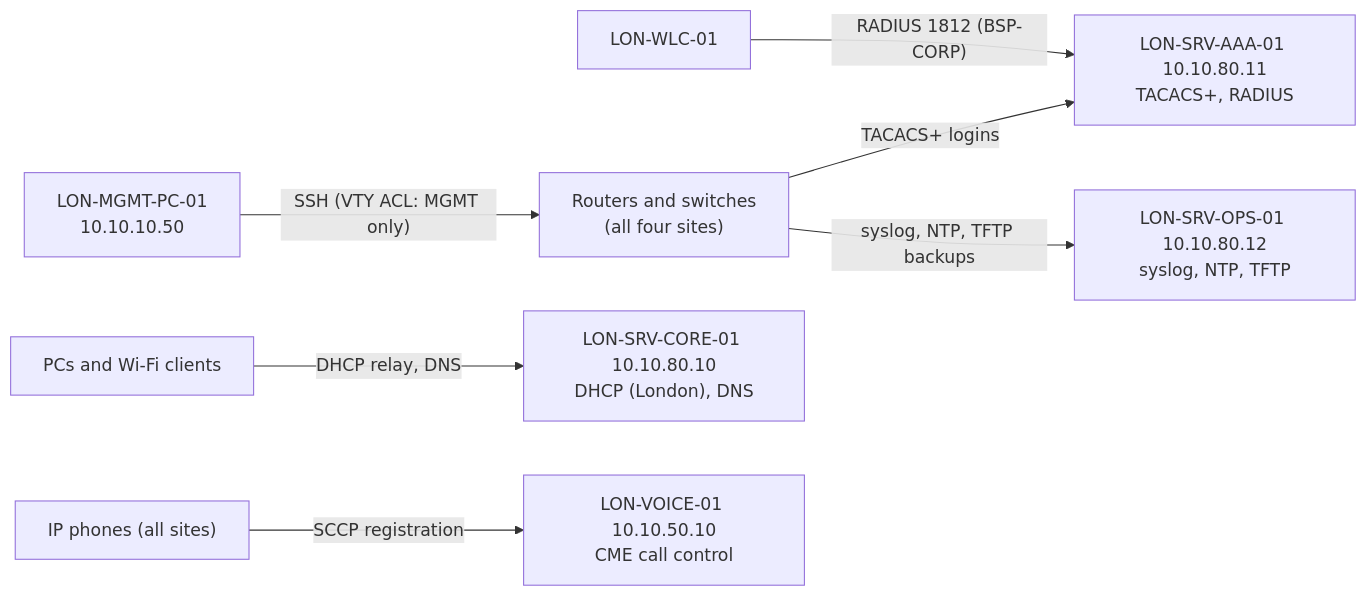
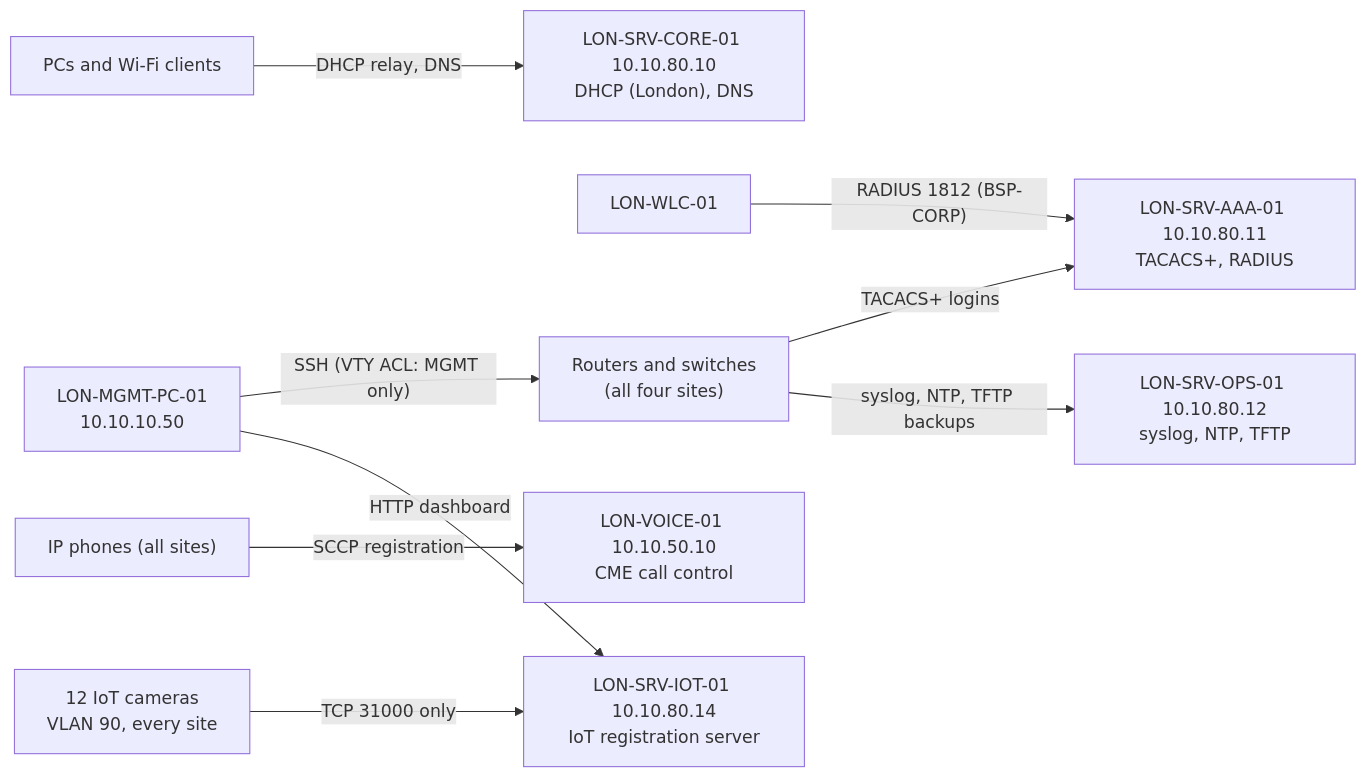
The ninth of 9 diagrams in diagrams/README.md (atahan99/bosphorus-enterprise-net), drawn with Mermaid before and after one commit. The commit also changed other lines of this file and 55 other files, not shown here.

````diff
--- a/diagrams/README.md
+++ b/diagrams/README.md
@@ -188,18 +197,22 @@
 ```mermaid
 flowchart LR
   MGMT["LON-MGMT-PC-01<br/>10.10.10.50"]
   DEV["Routers and switches<br/>(all four sites)"]
   WLC["LON-WLC-01"]
   PH["IP phones (all sites)"]
   CLI["PCs and Wi-Fi clients"]
   AAA["LON-SRV-AAA-01 10.10.80.11<br/>TACACS+, RADIUS"]
   OPS["LON-SRV-OPS-01 10.10.80.12<br/>syslog, NTP, TFTP"]
   CORE["LON-SRV-CORE-01 10.10.80.10<br/>DHCP (London), DNS"]
   CME["LON-VOICE-01 10.10.50.10<br/>CME call control"]
   MGMT -- "SSH (VTY ACL: MGMT only)" --> DEV
   DEV -- "TACACS+ logins" --> AAA
   WLC -- "RADIUS 1812 (BSP-CORP)" --> AAA
   DEV -- "syslog, NTP, TFTP backups" --> OPS
   CLI -- "DHCP relay, DNS" --> CORE
   PH -- "SCCP registration" --> CME
+  CAM["12 IoT cameras<br/>VLAN 90, every site"]
+  IOT["LON-SRV-IOT-01 10.10.80.14<br/>IoT registration server"]
+  CAM -- "TCP 31000 only" --> IOT
+  MGMT -- "HTTP dashboard" --> IOT
 ```
````
